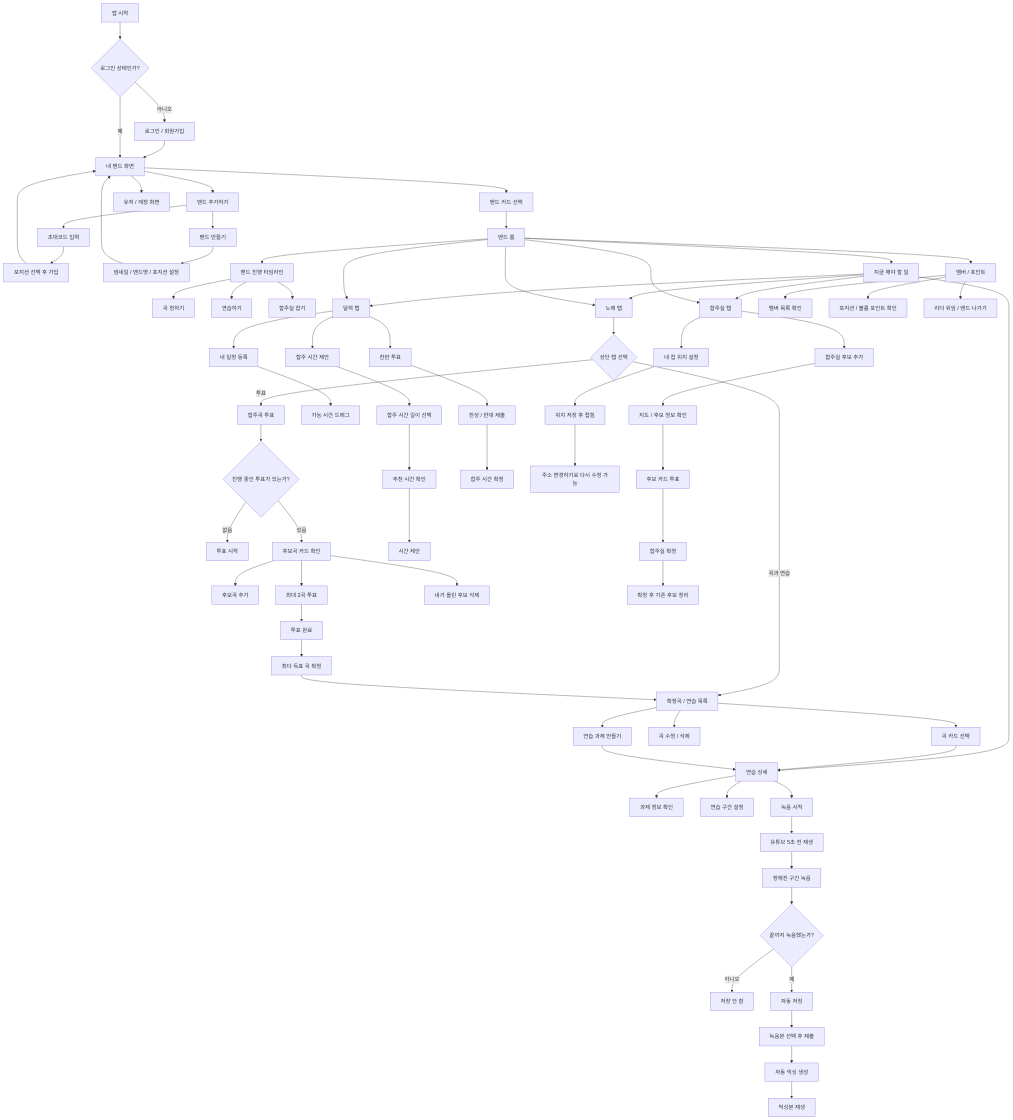
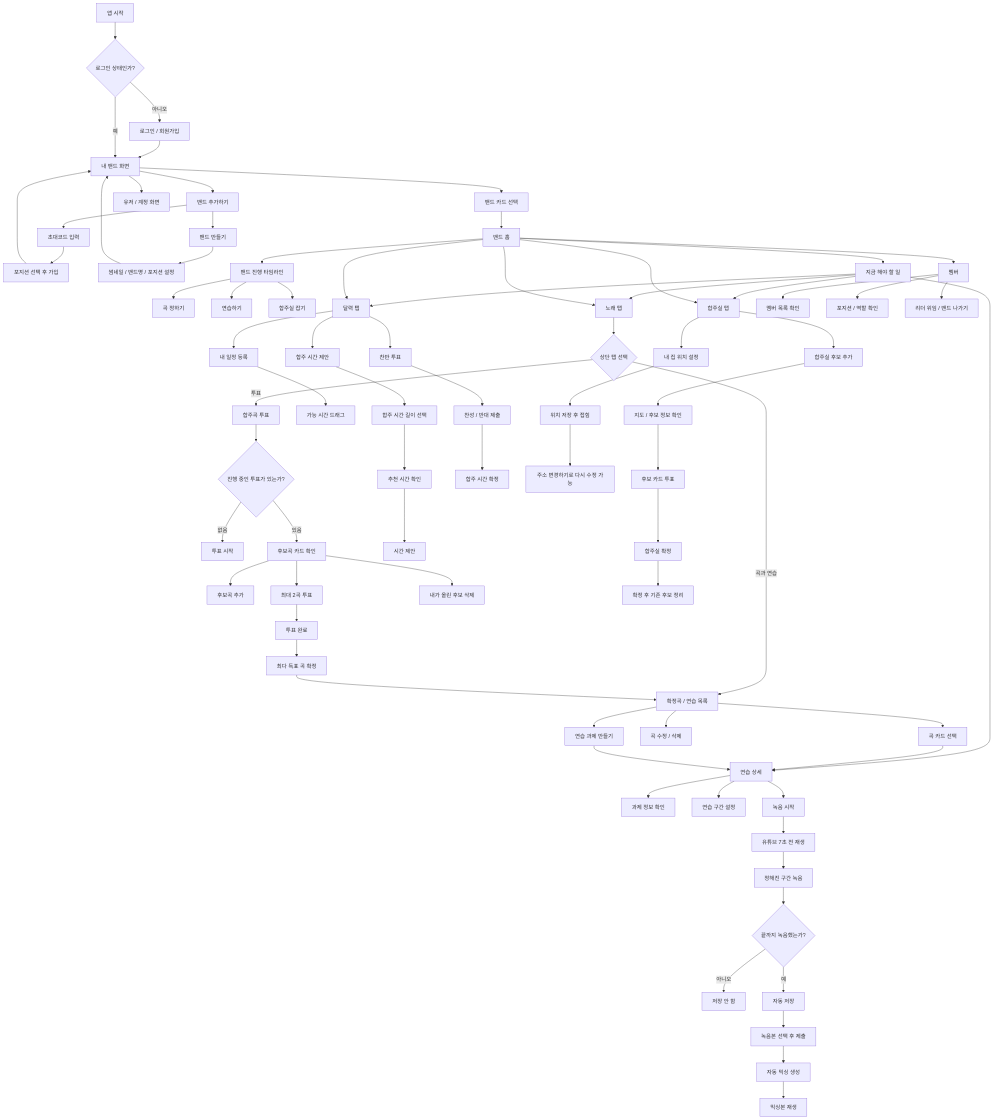
Before and after one commit to jjunman/testGame: the diagram in docs/band_app_flowchart.mmd, drawn with Mermaid. The commit also changed 42 other files, not shown here.

```diff
--- a/docs/band_app_flowchart.mmd
+++ b/docs/band_app_flowchart.mmd
@@ -1,89 +1,89 @@
 flowchart TD
   A["앱 시작"] --> B{"로그인 상태인가?"}
   B -- "아니오" --> C["로그인 / 회원가입"]
   C --> D["내 밴드 화면"]
   B -- "예" --> D
 
   D --> E["밴드 추가하기"]
   D --> F["밴드 카드 선택"]
   D --> G["유저 / 계정 화면"]
 
   E --> E1["초대코드 입력"]
   E --> E2["밴드 만들기"]
   E1 --> E3["포지션 선택 후 가입"]
   E2 --> E4["썸네일 / 밴드명 / 포지션 설정"]
   E3 --> D
   E4 --> D
 
   F --> H["밴드 홈"]
 
   H --> H1["지금 해야 할 일"]
   H --> H2["밴드 진행 타임라인"]
   H2 --> H2A["곡 정하기"]
   H2 --> H2B["연습하기"]
   H2 --> H2C["합주실 잡기"]
 
   H1 --> I["노래 탭"]
   H1 --> J["달력 탭"]
   H1 --> K["합주실 탭"]
   H1 --> L["연습 상세"]
 
   H --> I
   H --> J
   H --> K
-  H --> M["멤버 / 포인트"]
+  H --> M["멤버"]
 
   I --> I1{"상단 탭 선택"}
   I1 -- "투표" --> I2["합주곡 투표"]
   I1 -- "곡과 연습" --> I3["확정곡 / 연습 목록"]
 
   I2 --> I2A{"진행 중인 투표가 있는가?"}
   I2A -- "없음" --> I2B["투표 시작"]
   I2A -- "있음" --> I2C["후보곡 카드 확인"]
   I2C --> I2D["후보곡 추가"]
   I2C --> I2E["최대 2곡 투표"]
   I2C --> I2F["내가 올린 후보 삭제"]
   I2E --> I2G["투표 완료"]
   I2G --> I2H["최다 득표 곡 확정"]
   I2H --> I3
 
   I3 --> I3A["곡 카드 선택"]
   I3 --> I3B["곡 수정 / 삭제"]
   I3 --> I3C["연습 과제 만들기"]
   I3A --> L
   I3C --> L
 
   L --> L1["과제 정보 확인"]
   L --> L2["연습 구간 설정"]
   L --> L3["녹음 시작"]
-  L3 --> L4["유튜브 5초 전 재생"]
+  L3 --> L4["유튜브 7초 전 재생"]
   L4 --> L5["정해진 구간 녹음"]
   L5 --> L6{"끝까지 녹음했는가?"}
   L6 -- "아니오" --> L7["저장 안 함"]
   L6 -- "예" --> L8["자동 저장"]
   L8 --> L9["녹음본 선택 후 제출"]
   L9 --> L10["자동 믹싱 생성"]
   L10 --> L11["믹싱본 재생"]
 
   J --> J1["내 일정 등록"]
   J1 --> J2["가능 시간 드래그"]
   J --> J3["합주 시간 제안"]
   J3 --> J4["합주 시간 길이 선택"]
   J4 --> J5["추천 시간 확인"]
   J5 --> J6["시간 제안"]
   J --> J7["찬반 투표"]
   J7 --> J8["찬성 / 반대 제출"]
   J8 --> J9["합주 시간 확정"]
 
   K --> K1["내 집 위치 설정"]
   K1 --> K2["위치 저장 후 접힘"]
   K2 --> K3["주소 변경하기로 다시 수정 가능"]
   K --> K4["합주실 후보 추가"]
   K4 --> K5["지도 / 후보 정보 확인"]
   K5 --> K6["후보 카드 투표"]
   K6 --> K7["합주실 확정"]
   K7 --> K8["확정 후 기존 후보 정리"]
 
   M --> M1["멤버 목록 확인"]
-  M --> M2["포지션 / 볼륨 포인트 확인"]
+  M --> M2["포지션 / 역할 확인"]
   M --> M3["리더 위임 / 밴드 나가기"]
```
